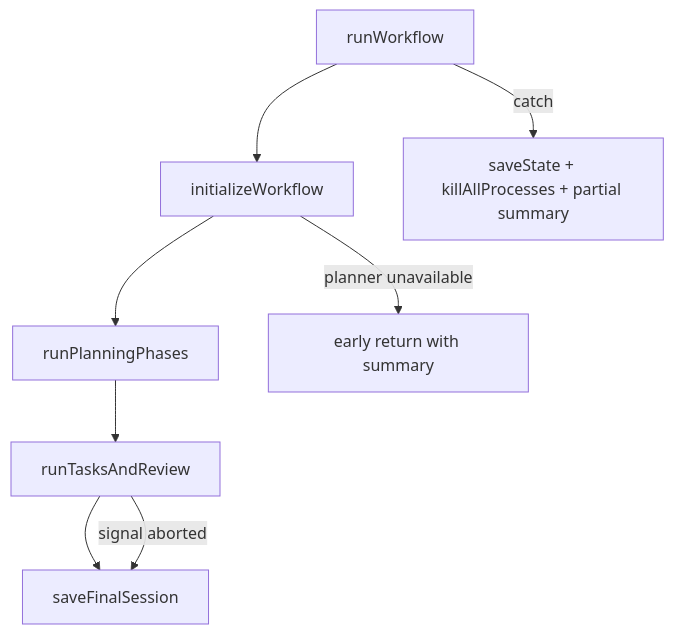
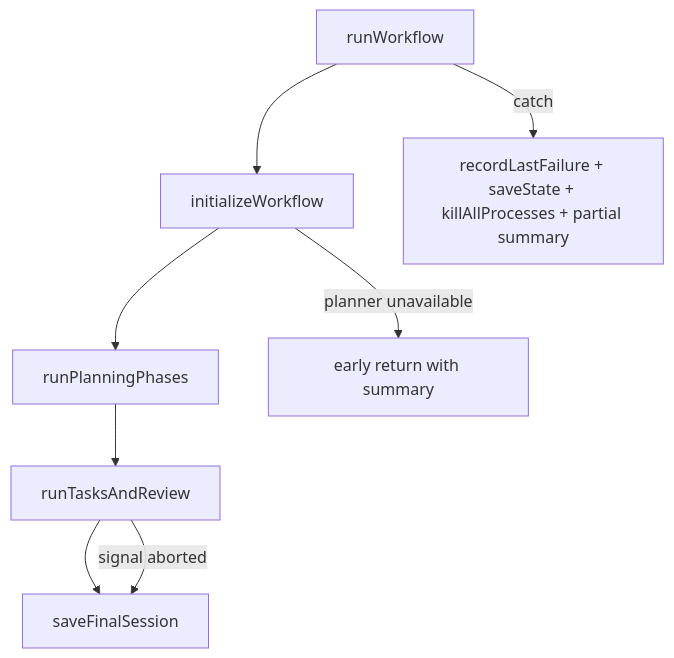
Before and after one commit to b4r7x/splitbrief: the first of 2 diagrams in docs/ENGINE.md, drawn with Mermaid. The commit also changed other lines of this file and 836 other files, not shown here.

````diff
--- a/docs/ENGINE.md
+++ b/docs/ENGINE.md
@@ -18,10 +18,10 @@
 ```mermaid
 flowchart TD
   A[runWorkflow] --> B[initializeWorkflow]
   B --> C[runPlanningPhases]
   C --> E[runTasksAndReview]
   E --> F[saveFinalSession]
   B -->|planner unavailable| G[early return with summary]
   E -->|signal aborted| F
-  A -->|catch| H[saveState + killAllProcesses + partial summary]
+  A -->|catch| H[recordLastFailure + saveState + killAllProcesses + partial summary]
 ```
````
